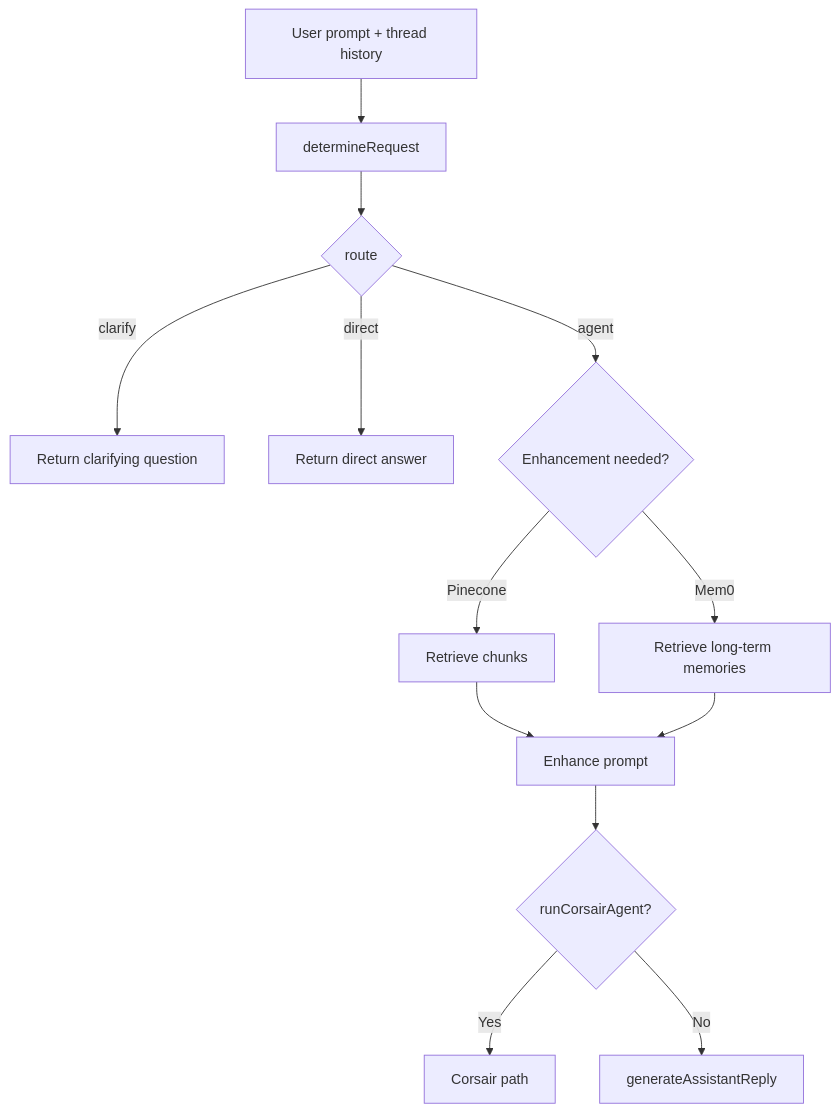
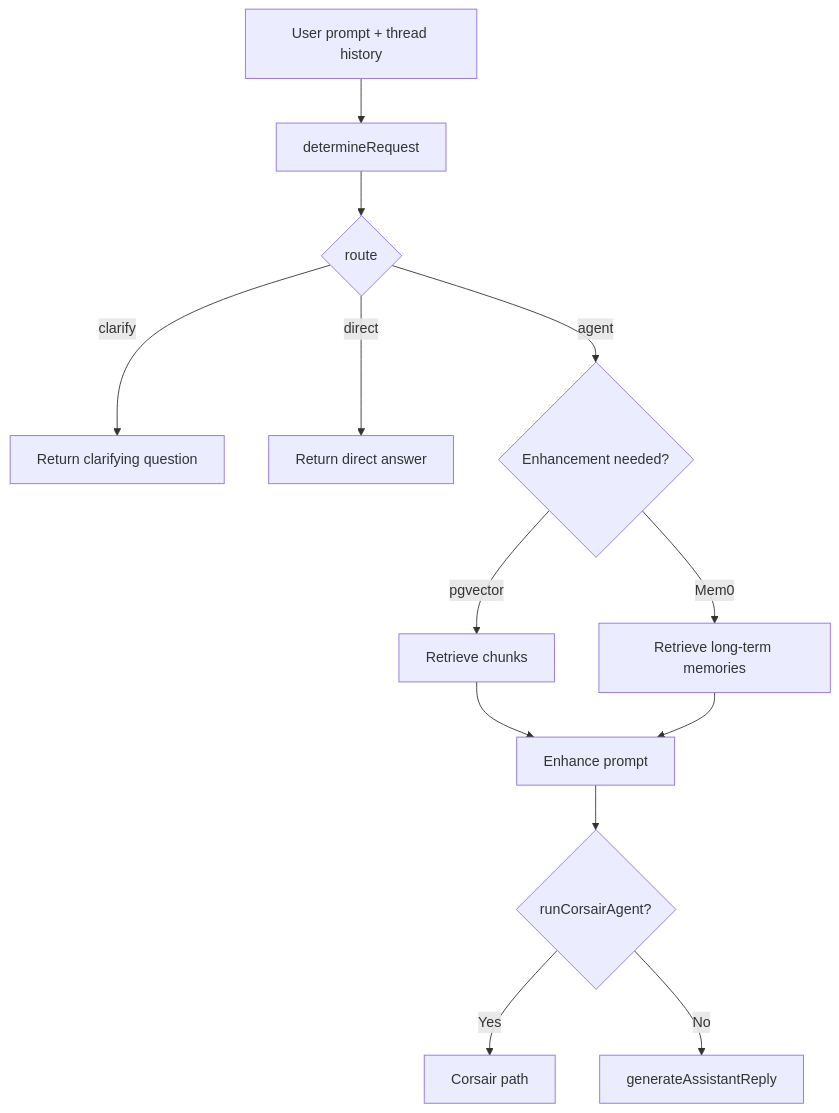
One commit to learner-enthusiast/NoClickMail changed the fourth of 11 diagrams in agenFlow.md. Above: the diagram before and after it, drawn with Mermaid. The commit also changed other lines of this file and 33 other files, not shown here.

````diff
--- a/agenFlow.md
+++ b/agenFlow.md
@@ -107,15 +107,15 @@
 ```mermaid
 flowchart TD
     A[User prompt + thread history] --> B[determineRequest]
     B --> C{route}
     C -->|clarify| D[Return clarifying question]
     C -->|direct| E[Return direct answer]
     C -->|agent| F{Enhancement needed?}
-    F -->|Pinecone| G[Retrieve chunks]
+    F -->|pgvector| G[Retrieve chunks]
     F -->|Mem0| H[Retrieve long-term memories]
     G --> I[Enhance prompt]
     H --> I
     I --> J{runCorsairAgent?}
     J -->|Yes| K[Corsair path]
     J -->|No| L[generateAssistantReply]
 ```
````
